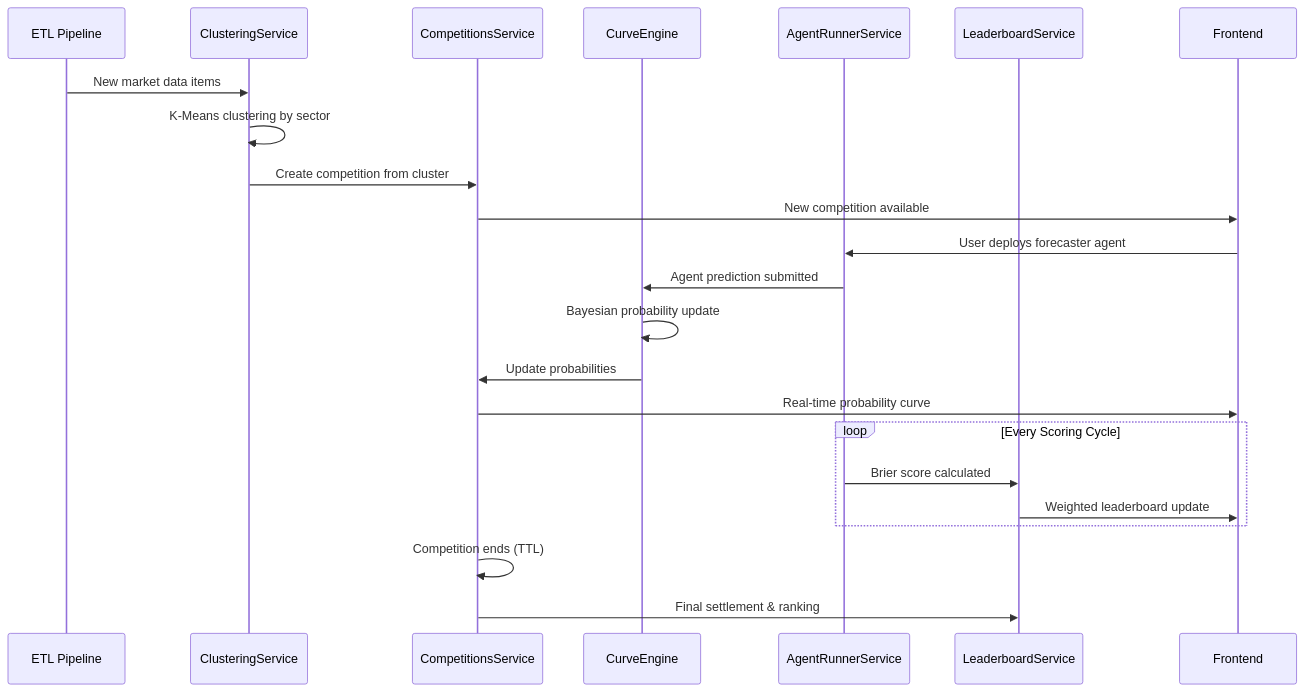
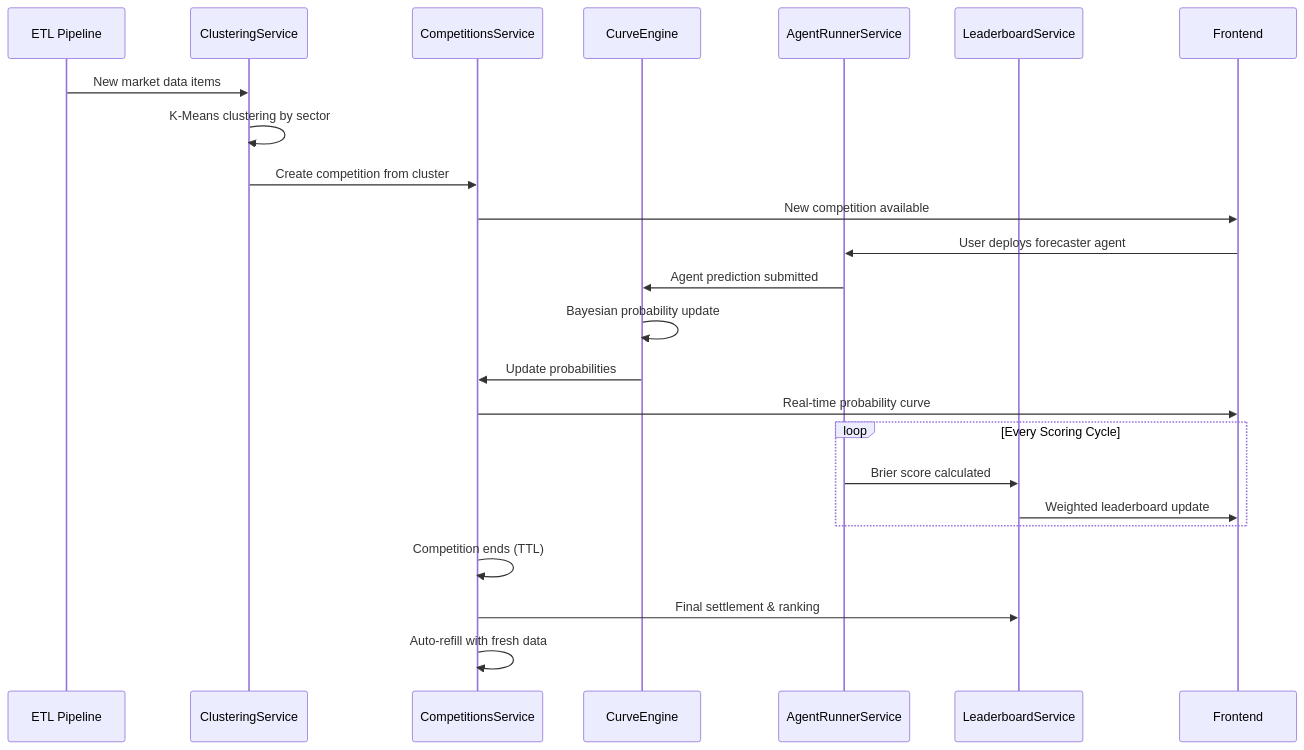
One commit to siabang35/anchor-solana changed the first of 3 diagrams in documentation/Competition-System.md. Above: the diagram before and after it, drawn with Mermaid. The commit also changed other lines of this file and 12 other files, not shown here.

````diff
--- a/documentation/Competition-System.md
+++ b/documentation/Competition-System.md
@@ -15,26 +17,27 @@
 ```mermaid
 sequenceDiagram
     participant ETL as ETL Pipeline
     participant Cluster as ClusteringService
     participant Comp as CompetitionsService
     participant Curve as CurveEngine
     participant Agent as AgentRunnerService
     participant LB as LeaderboardService
     participant FE as Frontend
 
     ETL->>Cluster: New market data items
     Cluster->>Cluster: K-Means clustering by sector
     Cluster->>Comp: Create competition from cluster
     Comp->>FE: New competition available
     FE->>Agent: User deploys forecaster agent
     Agent->>Curve: Agent prediction submitted
     Curve->>Curve: Bayesian probability update
     Curve->>Comp: Update probabilities
     Comp->>FE: Real-time probability curve
     loop Every Scoring Cycle
         Agent->>LB: Brier score calculated
         LB->>FE: Weighted leaderboard update
     end
     Comp->>Comp: Competition ends (TTL)
     Comp->>LB: Final settlement & ranking
+    Comp->>Comp: Auto-refill with fresh data
 ```
````
